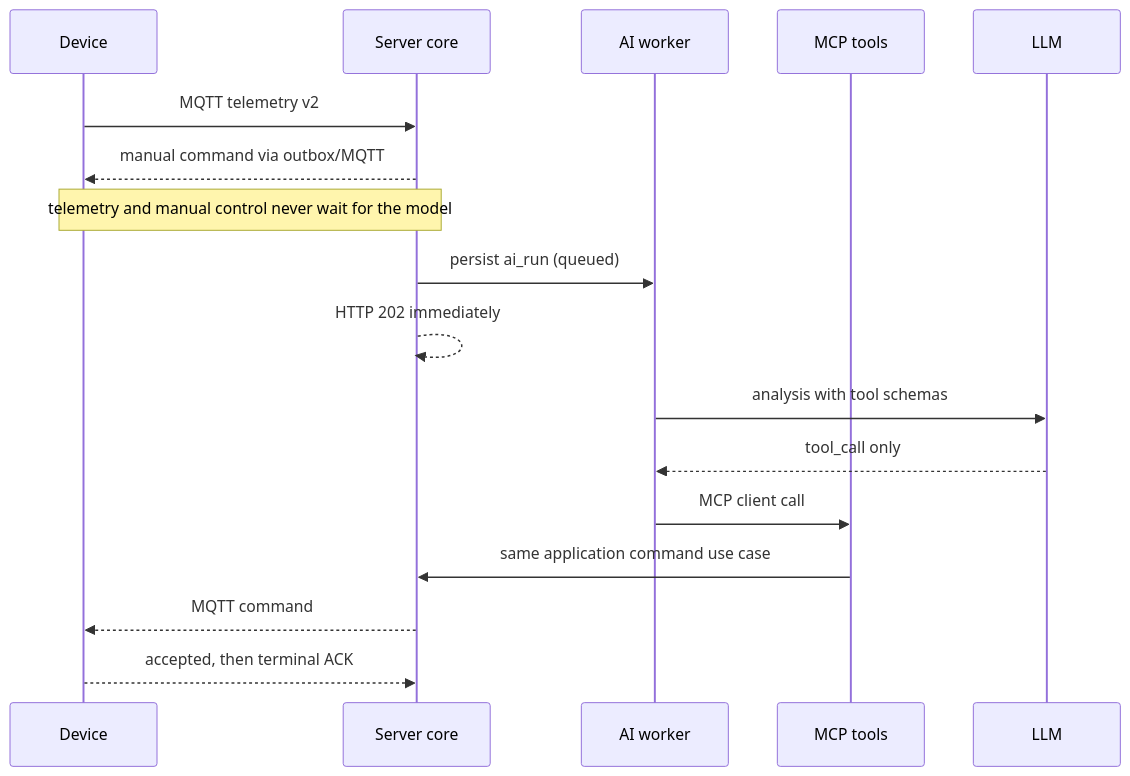
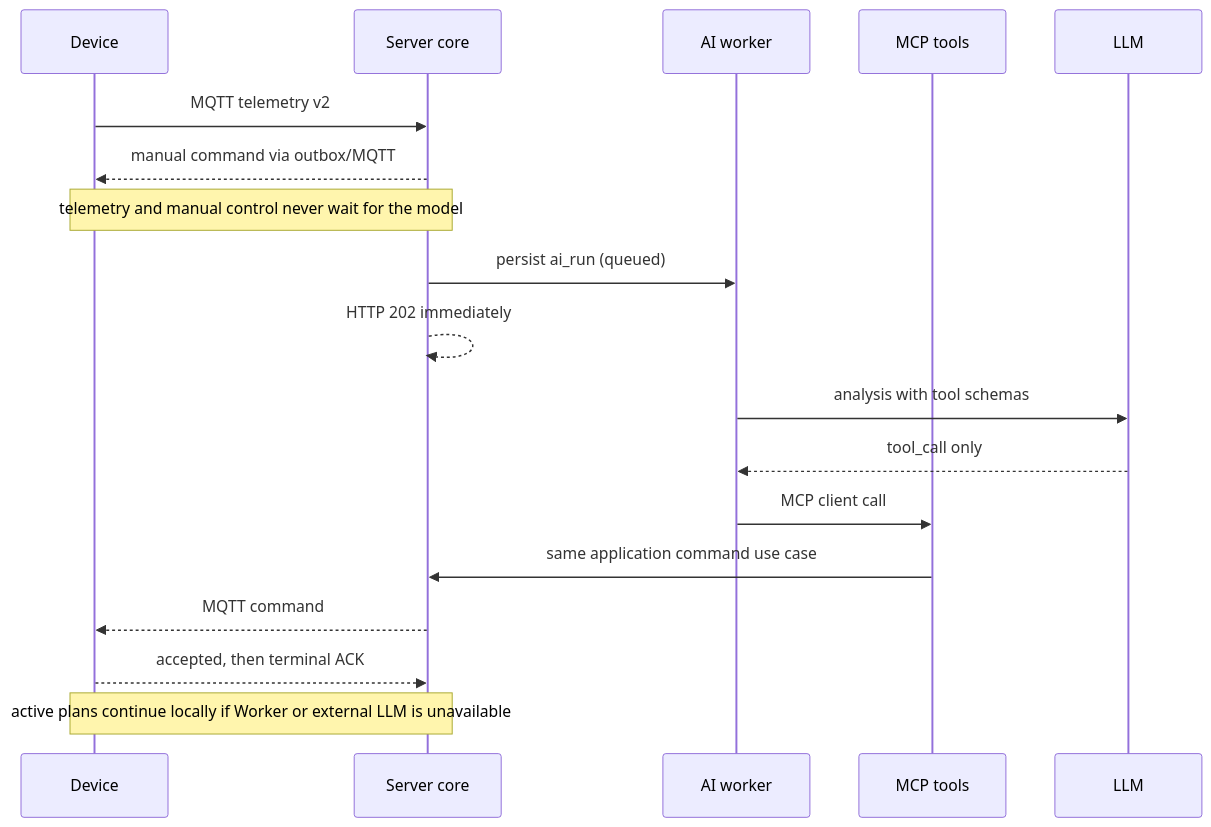
The second of 2 diagrams in docs/architecture.md (Lshap27/IoTCmpt), drawn with Mermaid before and after one commit. The commit also changed other lines of this file and 59 other files, not shown here.

````diff
--- a/docs/architecture.md
+++ b/docs/architecture.md
@@ -47,20 +53,21 @@
 ```mermaid
 sequenceDiagram
     participant D as Device
     participant S as Server core
     participant W as AI worker
     participant M as MCP tools
     participant L as LLM
 
     D->>S: MQTT telemetry v2
     S-->>D: manual command via outbox/MQTT
     Note over D,S: telemetry and manual control never wait for the model
     S->>W: persist ai_run (queued)
     S-->>S: HTTP 202 immediately
     W->>L: analysis with tool schemas
     L-->>W: tool_call only
     W->>M: MCP client call
     M->>S: same application command use case
     S-->>D: MQTT command
     D-->>S: accepted, then terminal ACK
+    Note over S,D: active plans continue locally if Worker or external LLM is unavailable
 ```
````
